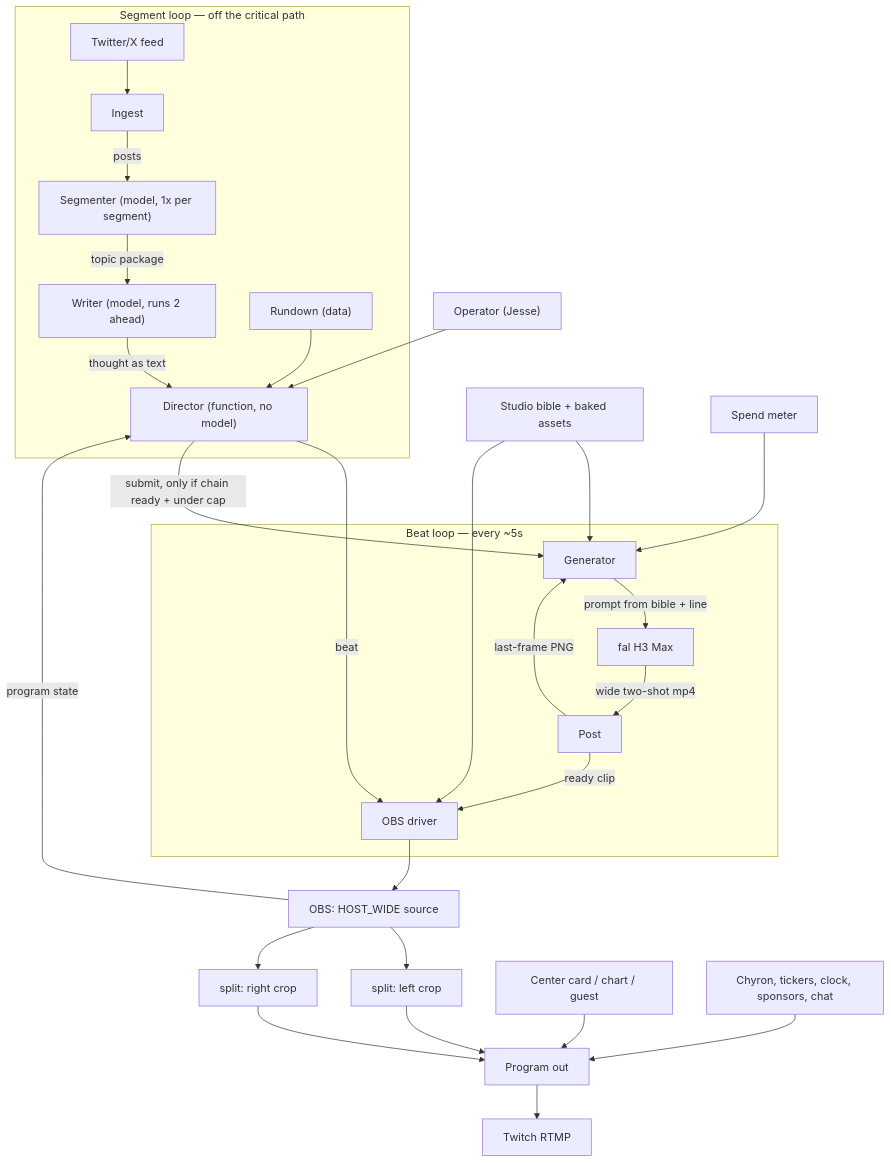
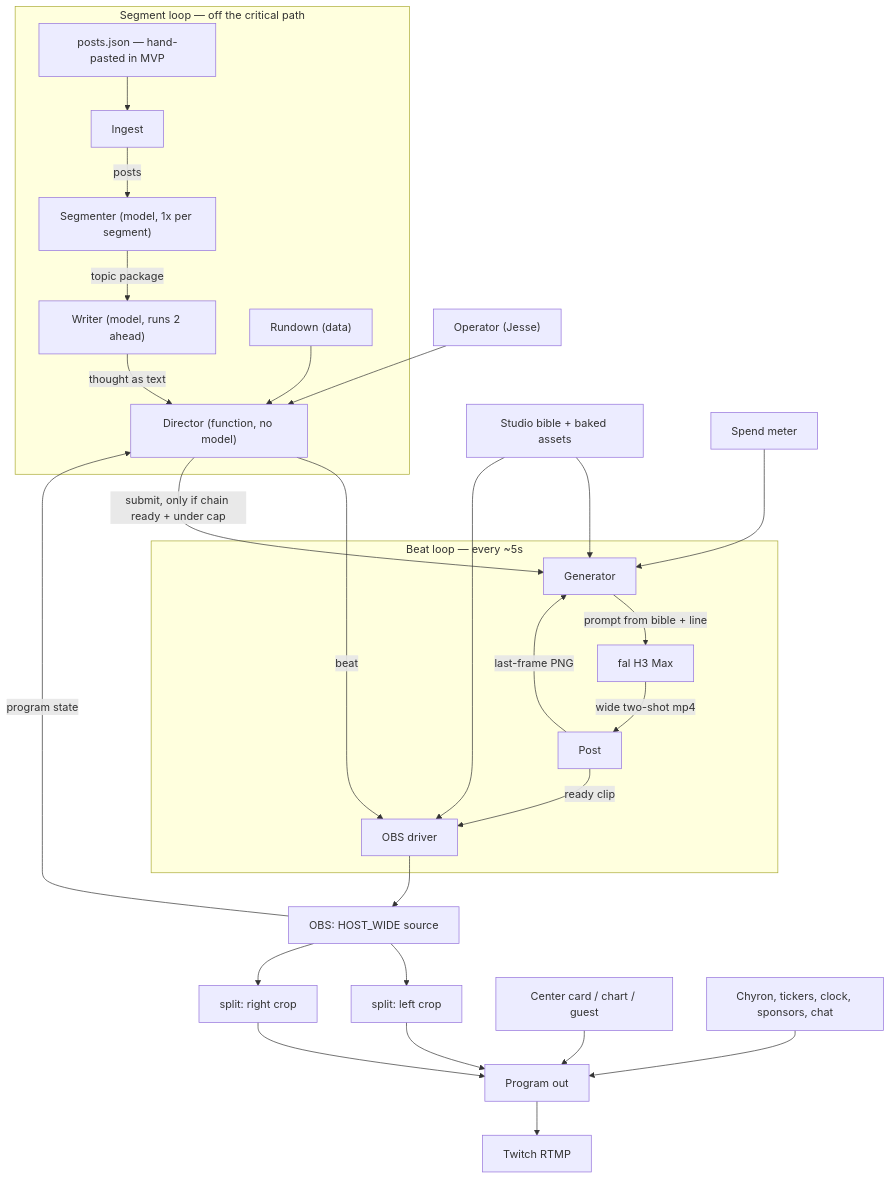
The diagram in Desk Show — Two-Host Architecture & Harness.md (toastfacek/desk-show-live), drawn with Mermaid before and after one commit. The commit also changed other lines of this file, not shown here.

First line of the commit message:
Settle hosts, cap, feed and resolution

````diff
--- a/Desk Show — Two-Host Architecture & Harness.md
+++ b/Desk Show — Two-Host Architecture & Harness.md
@@ -260,37 +283,37 @@
 ```mermaid
 flowchart TB
   subgraph OFF["Segment loop — off the critical path"]
-    Feed["Twitter/X feed"] --> Ingest
+    Feed["posts.json — hand-pasted in MVP"] --> Ingest
     Ingest -->|posts| Seg["Segmenter (model, 1x per segment)"]
     Seg -->|topic package| Writer["Writer (model, runs 2 ahead)"]
     Rundown["Rundown (data)"] --> Director
   end
 
   Writer -->|thought as text| Director
 
   subgraph BEAT["Beat loop — every ~5s"]
     Director["Director (function, no model)"]
     Director -->|beat| OBSD["OBS driver"]
     Director -->|submit, only if chain ready + under cap| Gen["Generator"]
     Gen -->|prompt from bible + line| H3["fal H3 Max"]
     H3 -->|wide two-shot mp4| Post
     Post -->|last-frame PNG| Gen
     Post -->|ready clip| OBSD
   end
 
   Bible["Studio bible + baked assets"] --> Gen
   Bible --> OBSD
   Spend["Spend meter"] --> Gen
   Op["Operator (Jesse)"] --> Director
 
   OBSD --> OBS["OBS: HOST_WIDE source"]
   OBS --> L["split: left crop"]
   OBS --> R["split: right crop"]
   Cards["Center card / chart / guest"] --> Program
   Furn["Chyron, tickers, clock, sponsors, chat"] --> Program
   L --> Program["Program out"]
   R --> Program
   Program --> Twitch["Twitch RTMP"]
 
   OBS -->|program state| Director
 ```
````
